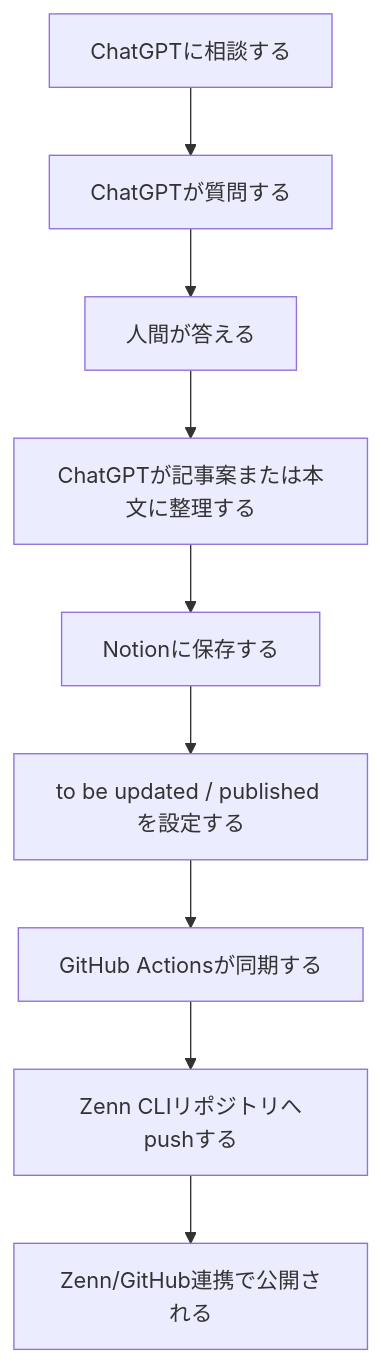
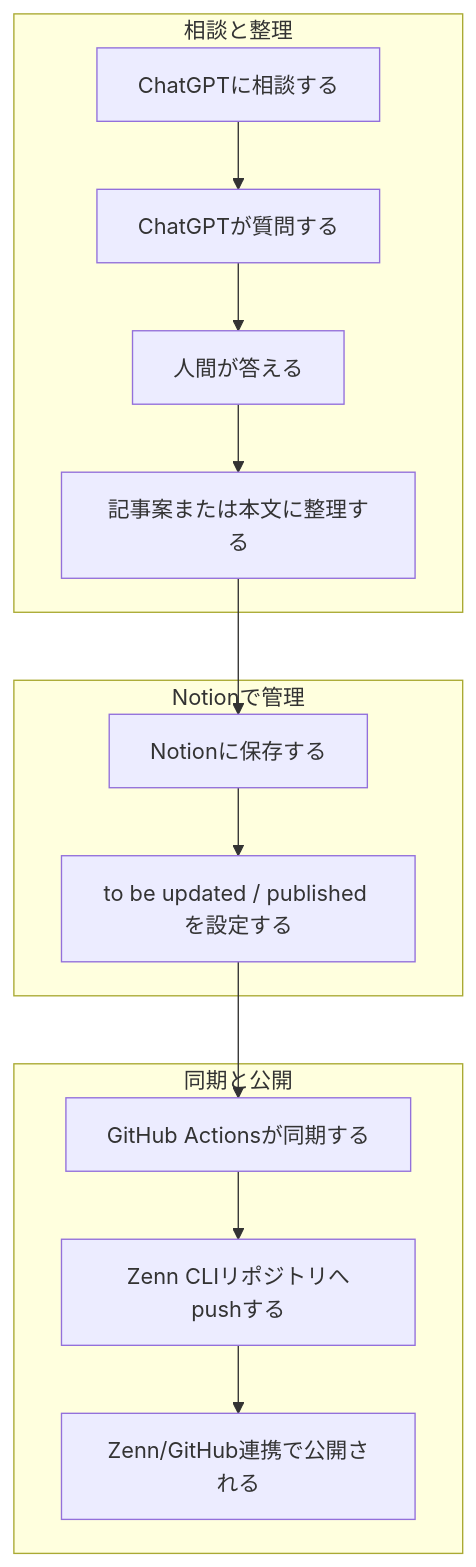
Before and after one commit to gen740/zenn: the first of 4 diagrams in articles/392c9702-a775-8101-9cec-d49b4240186e.md, drawn with Mermaid. The commit also changed other lines of this file and 1 other file, not shown here.

````diff
--- a/articles/392c9702-a775-8101-9cec-d49b4240186e.md
+++ b/articles/392c9702-a775-8101-9cec-d49b4240186e.md
@@ -34,11 +34,20 @@
 ```mermaid
-flowchart TD
-    A[ChatGPTに相談する] --> B[ChatGPTが質問する]
-    B --> C[人間が答える]
-    C --> D[ChatGPTが記事案または本文に整理する]
-    D --> E[Notionに保存する]
-    E --> F[to be updated / published を設定する]
-    F --> G[GitHub Actionsが同期する]
-    G --> H[Zenn CLIリポジトリへpushする]
-    H --> I[Zenn/GitHub連携で公開される]
+flowchart TB
+    subgraph A1[相談と整理]
+        A[ChatGPTに相談する] --> B[ChatGPTが質問する]
+        B --> C[人間が答える]
+        C --> D[記事案または本文に整理する]
+    end
+
+    subgraph A2[Notionで管理]
+        E[Notionに保存する] --> F[to be updated / published を設定する]
+    end
+
+    subgraph A3[同期と公開]
+        G[GitHub Actionsが同期する] --> H[Zenn CLIリポジトリへpushする]
+        H --> I[Zenn/GitHub連携で公開される]
+    end
+
+    D --> E
+    F --> G
 ```
````
